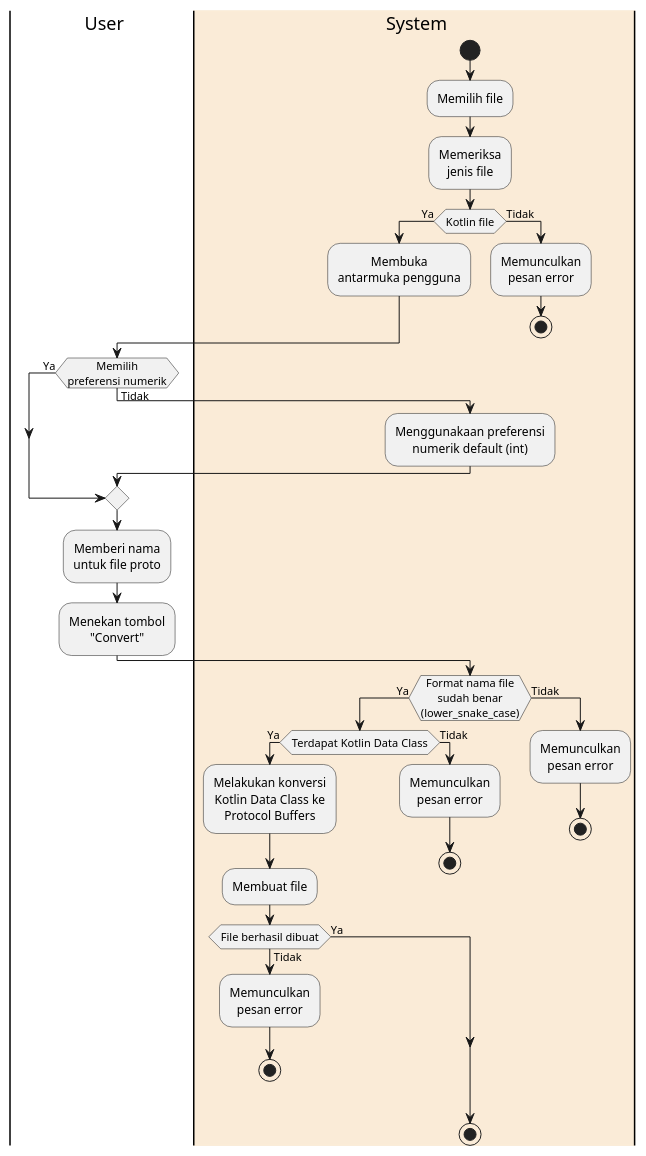
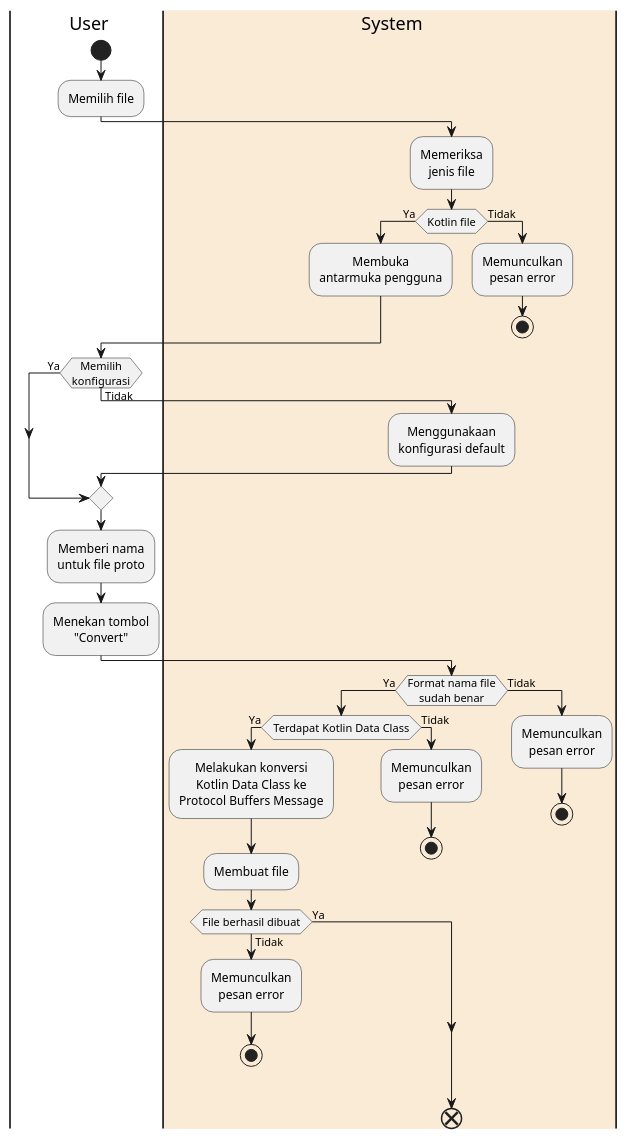
The diagram in toProtobufConverter.puml (fnakhsan/tugas-akhir), drawn with PlantUML before and after one commit. The commit also changed 2 other files, not shown here.

```diff
--- a/toProtobufConverter.puml
+++ b/toProtobufConverter.puml
@@ -1,44 +1,45 @@
 @startuml
 skinparam defaultTextAlignment center
 |u| User
 |#AntiqueWhite|s| System
+|u|
 start
 :Memilih file;
 |s|
 :Memeriksa\njenis file;
 if (Kotlin file) then (Ya)
   :Membuka\nantarmuka pengguna;
 else (Tidak)
   |s|
   :Memunculkan\npesan error;
   stop
 endif
 |u|
-if (Memilih\npreferensi numerik) then (Ya)
+if (Memilih\nkonfigurasi) then (Ya)
 else (Tidak)
   |s|
-  :Menggunakaan preferensi\nnumerik default (int);
+  :Menggunakaan\nkonfigurasi default;
 endif
 |u|
 :Memberi nama\nuntuk file proto;
 :Menekan tombol\n"Convert";
 |s|
-if (Format nama file\nsudah benar\n(lower_snake_case)) then (Ya)
+if (Format nama file\nsudah benar) then (Ya)
   if(Terdapat Kotlin Data Class) then (Ya)
-    :Melakukan konversi\nKotlin Data Class ke\nProtocol Buffers;
+    :Melakukan konversi\nKotlin Data Class ke\nProtocol Buffers Message;
     :Membuat file;
     if (File berhasil dibuat) then (Ya)
     else (Tidak)
       :Memunculkan\npesan error;
       stop
     endif
   else(Tidak)
     :Memunculkan\npesan error;
     stop
   endif
 else (Tidak)
   :Memunculkan\npesan error;
   stop
 endif
-stop
+end
 @enduml
```
